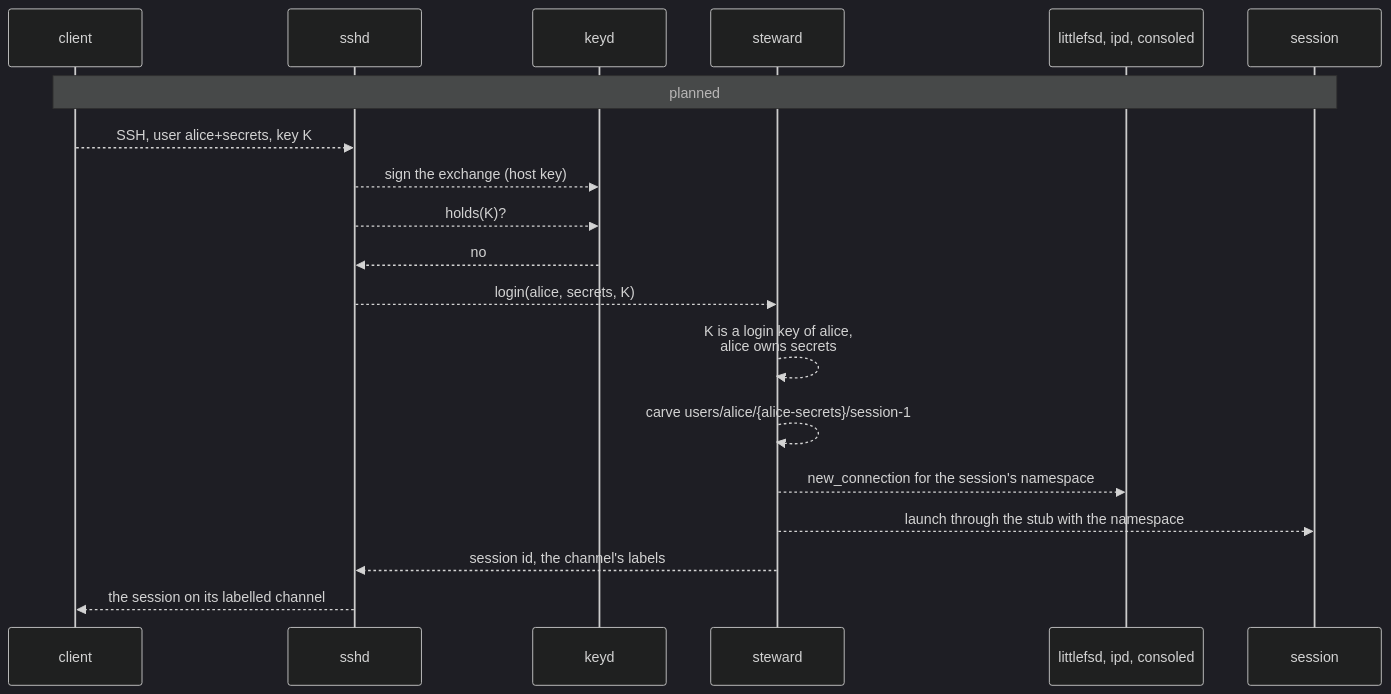
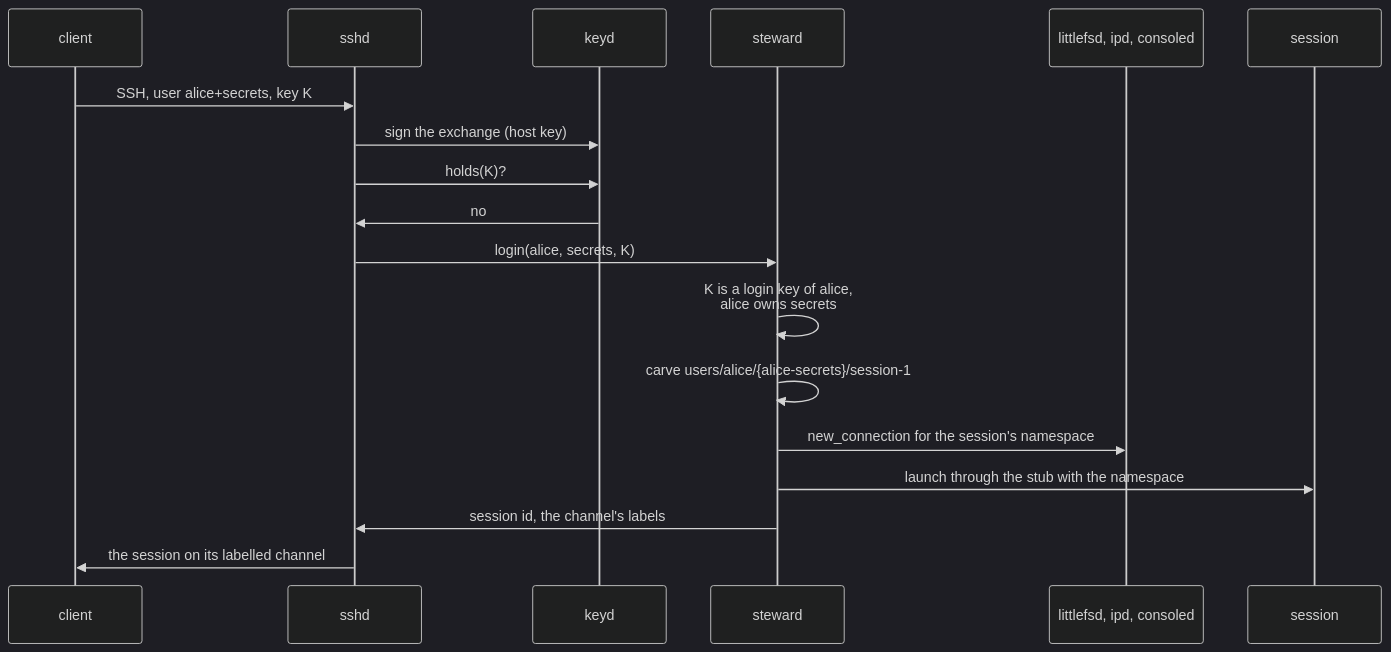
Before and after one commit to sirmick/redoubt: the first of 3 diagrams in docs/servers/steward.md, drawn with Mermaid (dark theme). The commit also changed other lines of this file and 48 other files, not shown here.

````diff
--- a/docs/servers/steward.md
+++ b/docs/servers/steward.md
@@ -461,21 +473,20 @@
 ```mermaid
 sequenceDiagram
     participant C as client
     participant SH as sshd
     participant KD as keyd
     participant ST as steward
     participant F as littlefsd, ipd, consoled
     participant S as session
-    Note over C,S: planned
-    C-->>SH: SSH, user alice+secrets, key K
-    SH-->>KD: sign the exchange (host key)
-    SH-->>KD: holds(K)?
-    KD-->>SH: no
-    SH-->>ST: login(alice, secrets, K)
-    ST-->>ST: K is a login key of alice,<br/>alice owns secrets
-    ST-->>ST: carve users/alice/{alice-secrets}/session-1
-    ST-->>F: new_connection for the session's namespace
-    ST-->>S: launch through the stub with the namespace
-    ST-->>SH: session id, the channel's labels
-    SH-->>C: the session on its labelled channel
+    C->>SH: SSH, user alice+secrets, key K
+    SH->>KD: sign the exchange (host key)
+    SH->>KD: holds(K)?
+    KD->>SH: no
+    SH->>ST: login(alice, secrets, K)
+    ST->>ST: K is a login key of alice,<br/>alice owns secrets
+    ST->>ST: carve users/alice/{alice-secrets}/session-1
+    ST->>F: new_connection for the session's namespace
+    ST->>S: launch through the stub with the namespace
+    ST->>SH: session id, the channel's labels
+    SH->>C: the session on its labelled channel
 ```
````
